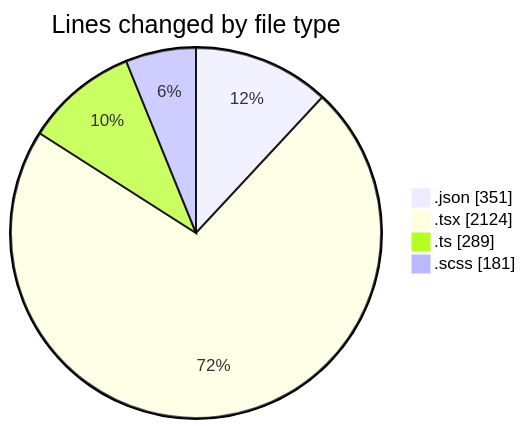
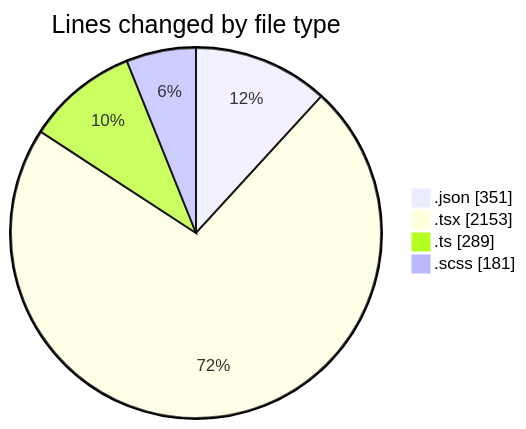
The first of 2 diagrams in 2026-04-22/cda/README.md (momahboobian/code-tracking), drawn with Mermaid before and after one commit. The commit also changed other lines of this file and 1 other file, not shown here.

````diff
--- a/2026-04-22/cda/README.md
+++ b/2026-04-22/cda/README.md
@@ -42,8 +42,8 @@
 ```mermaid
 pie showData
 title Lines changed by file type
 ".json" : 351
-".tsx" : 2124
+".tsx" : 2153
 ".ts" : 289
 ".scss" : 181
 ```
````
